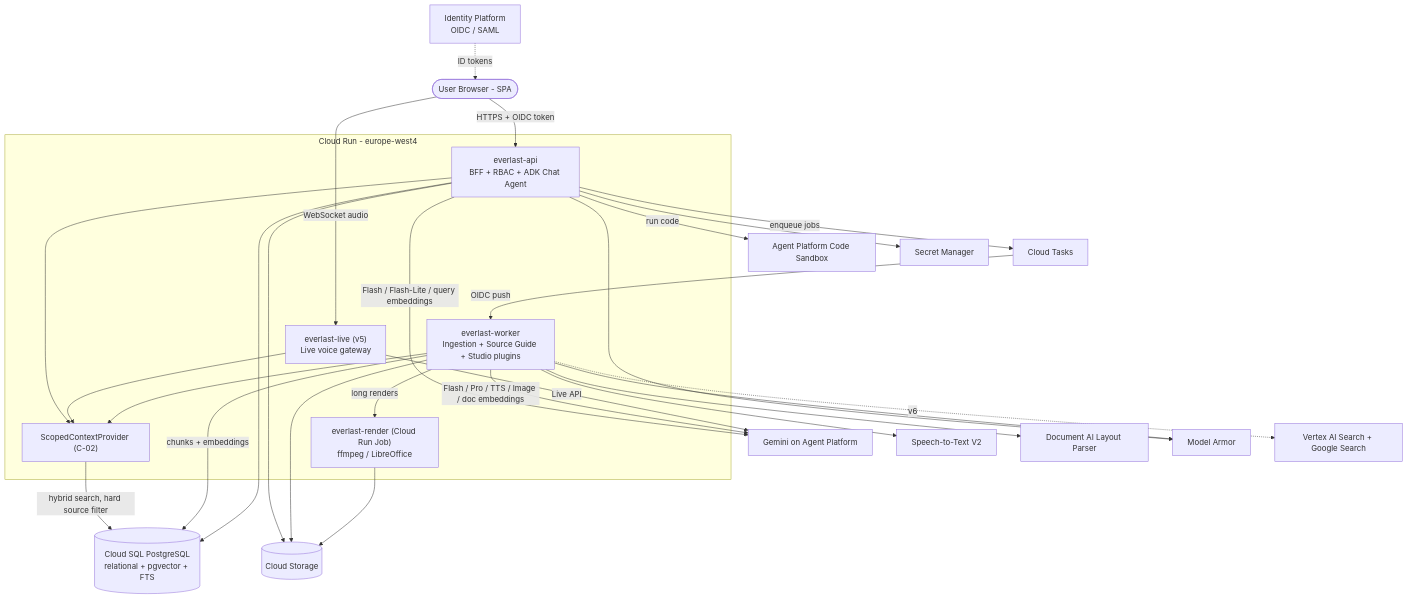
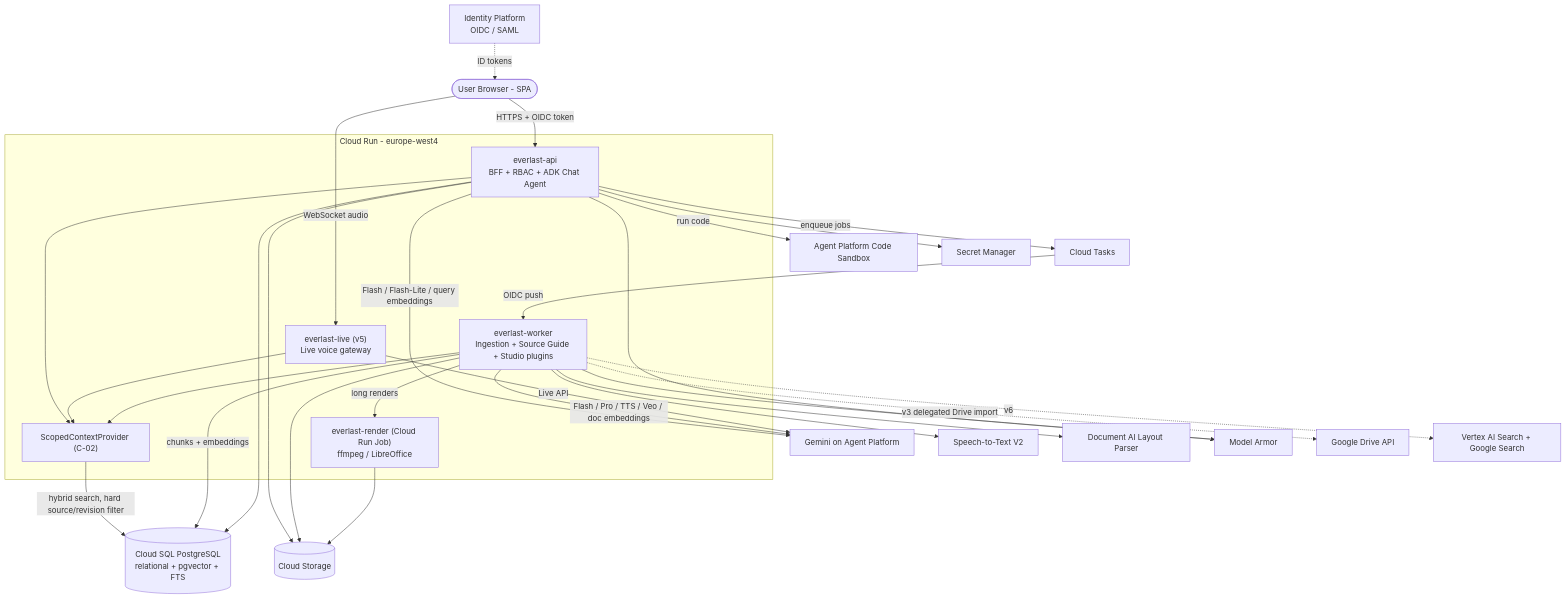
One commit to lukas-zech-software/everlast-lm changed the diagram in docs/solution-architecture.md. Above: the diagram before and after it, drawn with Mermaid. The commit also changed other lines of this file and 54 other files, not shown here.

First line of the commit message:
feat(infra): add v1 Terraform stack and align architecture with FRs

````diff
--- a/docs/solution-architecture.md
+++ b/docs/solution-architecture.md
@@ -165,39 +166,40 @@
 ```mermaid
 graph TD
     U([User Browser - SPA]) -->|HTTPS + OIDC token| API
     U -->|WebSocket audio| LIVE
     IDP[Identity Platform<br/>OIDC / SAML] -.->|ID tokens| U
 
     subgraph CR["Cloud Run - europe-west4"]
         API["everlast-api<br/>BFF + RBAC + ADK Chat Agent"]
         SCP["ScopedContextProvider (C-02)"]
         WRK["everlast-worker<br/>Ingestion + Source Guide + Studio plugins"]
         LIVE["everlast-live (v5)<br/>Live voice gateway"]
         RJ["everlast-render (Cloud Run Job)<br/>ffmpeg / LibreOffice"]
     end
 
     API --> SCP
     LIVE --> SCP
     WRK --> SCP
     API -->|enqueue jobs| CT[Cloud Tasks]
     CT -->|OIDC push| WRK
     WRK -->|long renders| RJ
 
-    SCP -->|"hybrid search, hard source filter"| SQL[(Cloud SQL PostgreSQL<br/>relational + pgvector + FTS)]
+    SCP -->|"hybrid search, hard source/revision filter"| SQL[(Cloud SQL PostgreSQL<br/>relational + pgvector + FTS)]
     WRK -->|chunks + embeddings| SQL
     API --> SQL
     API --> GCS[(Cloud Storage)]
     WRK --> GCS
     RJ --> GCS
 
     API -->|Flash / Flash-Lite / query embeddings| GEM[Gemini on Agent Platform]
-    WRK -->|Flash / Pro / TTS / Image / doc embeddings| GEM
+    WRK -->|Flash / Pro / TTS / Veo / doc embeddings| GEM
     LIVE -->|Live API| GEM
     API -->|run code| SBX[Agent Platform Code Sandbox]
     WRK --> STT[Speech-to-Text V2]
     WRK --> DAI[Document AI Layout Parser]
     API --> MA[Model Armor]
     WRK --> MA
     API --> SM[Secret Manager]
+    WRK -.->|v3 delegated Drive import| GDRV[Google Drive API]
     WRK -.->|v6| VAS[Vertex AI Search + Google Search]
 ```
````
